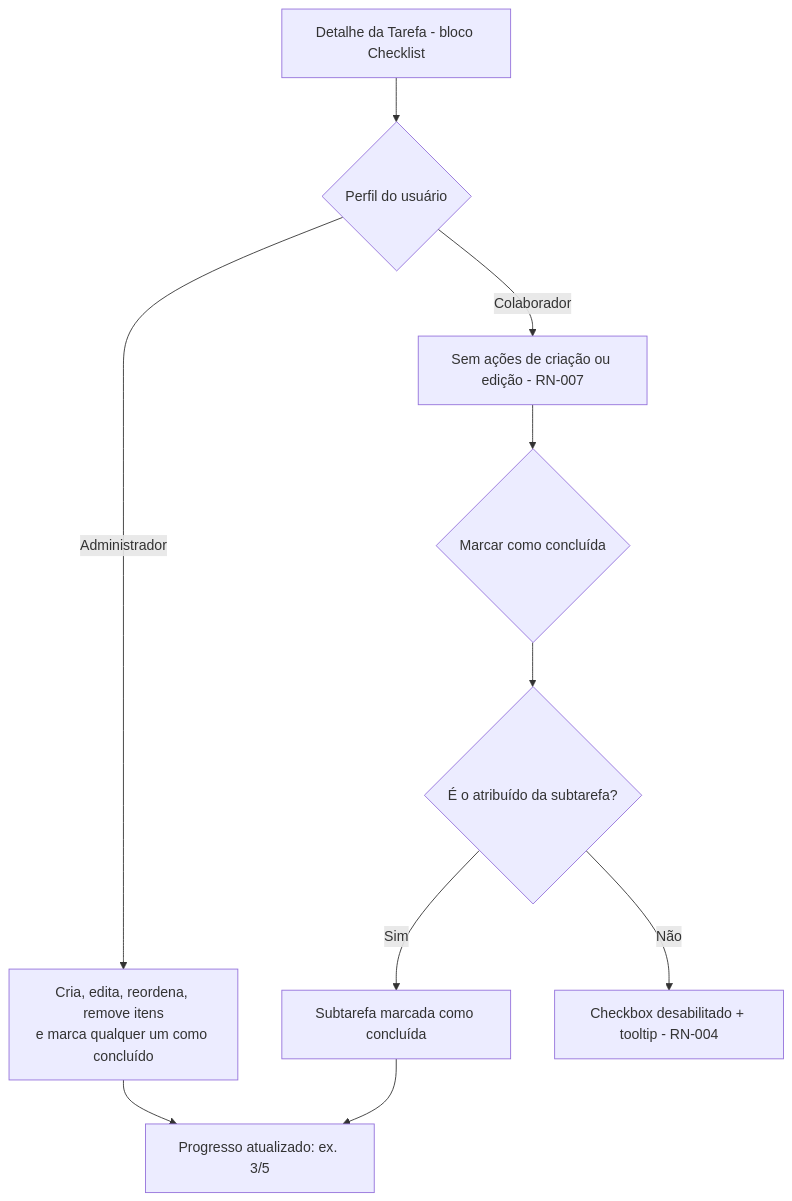
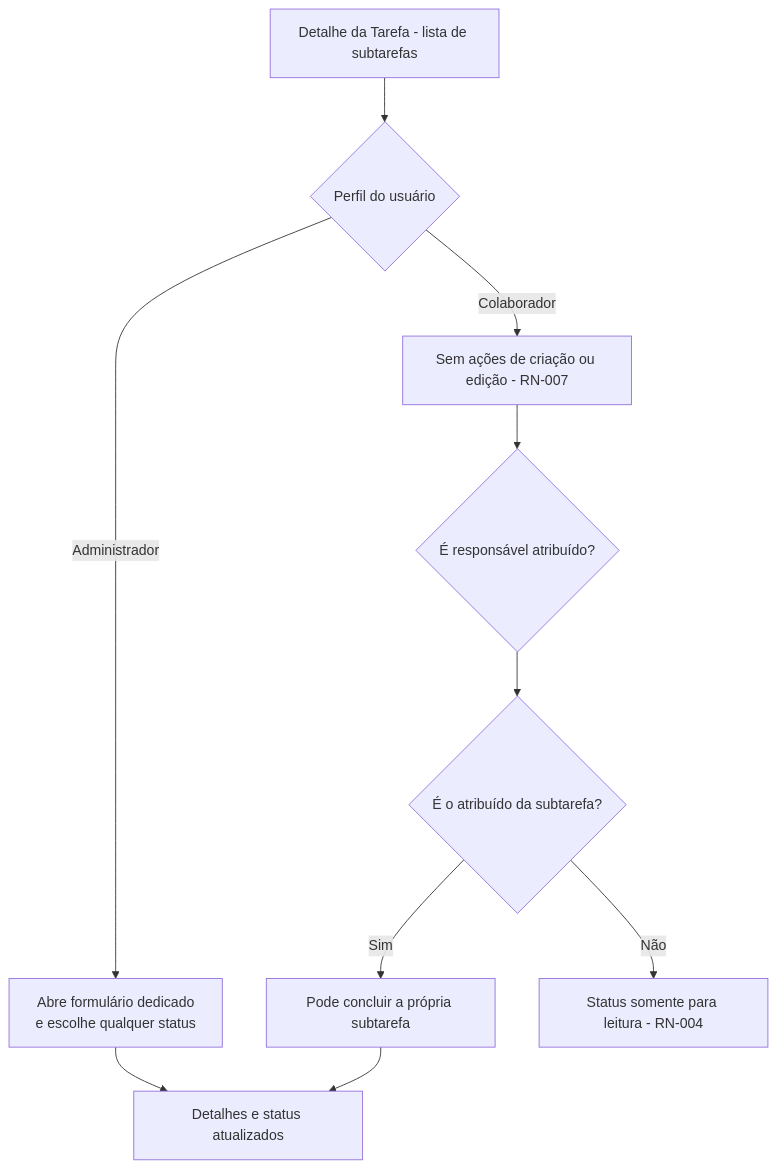
One commit to andrrc/multiplus-project changed the sixth of 10 diagrams in docs/product-design-multiplus-projetos-tarefas.md. Above: the diagram before and after it, drawn with Mermaid. The commit also changed other lines of this file and 18 other files, not shown here.

````diff
--- a/docs/product-design-multiplus-projetos-tarefas.md
+++ b/docs/product-design-multiplus-projetos-tarefas.md
@@ -403,12 +403,12 @@
 ```mermaid
 flowchart TD
-    A[Detalhe da Tarefa - bloco Checklist] --> B{Perfil do usuário}
-    B -->|Administrador| C[Cria, edita, reordena, remove itens<br/>e marca qualquer um como concluído]
+    A[Detalhe da Tarefa - lista de subtarefas] --> B{Perfil do usuário}
+    B -->|Administrador| C[Abre formulário dedicado<br/>e escolhe qualquer status]
     B -->|Colaborador| D[Sem ações de criação ou edição - RN-007]
-    D --> E{Marcar como concluída}
+    D --> E{É responsável atribuído?}
     E --> F{É o atribuído da subtarefa?}
-    F -->|Sim| G[Subtarefa marcada como concluída]
-    F -->|Não| H[Checkbox desabilitado + tooltip - RN-004]
-    C --> I[Progresso atualizado: ex. 3/5]
+    F -->|Sim| G[Pode concluir a própria subtarefa]
+    F -->|Não| H[Status somente para leitura - RN-004]
+    C --> I[Detalhes e status atualizados]
     G --> I
 ```
````
